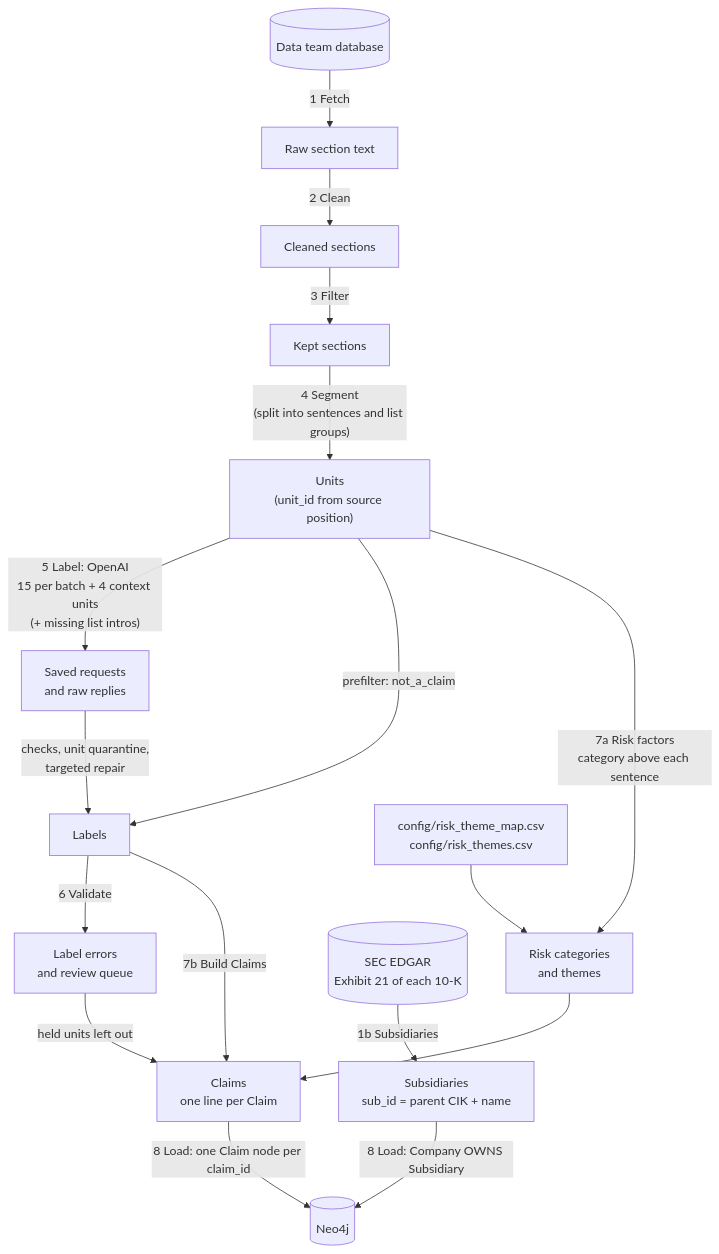
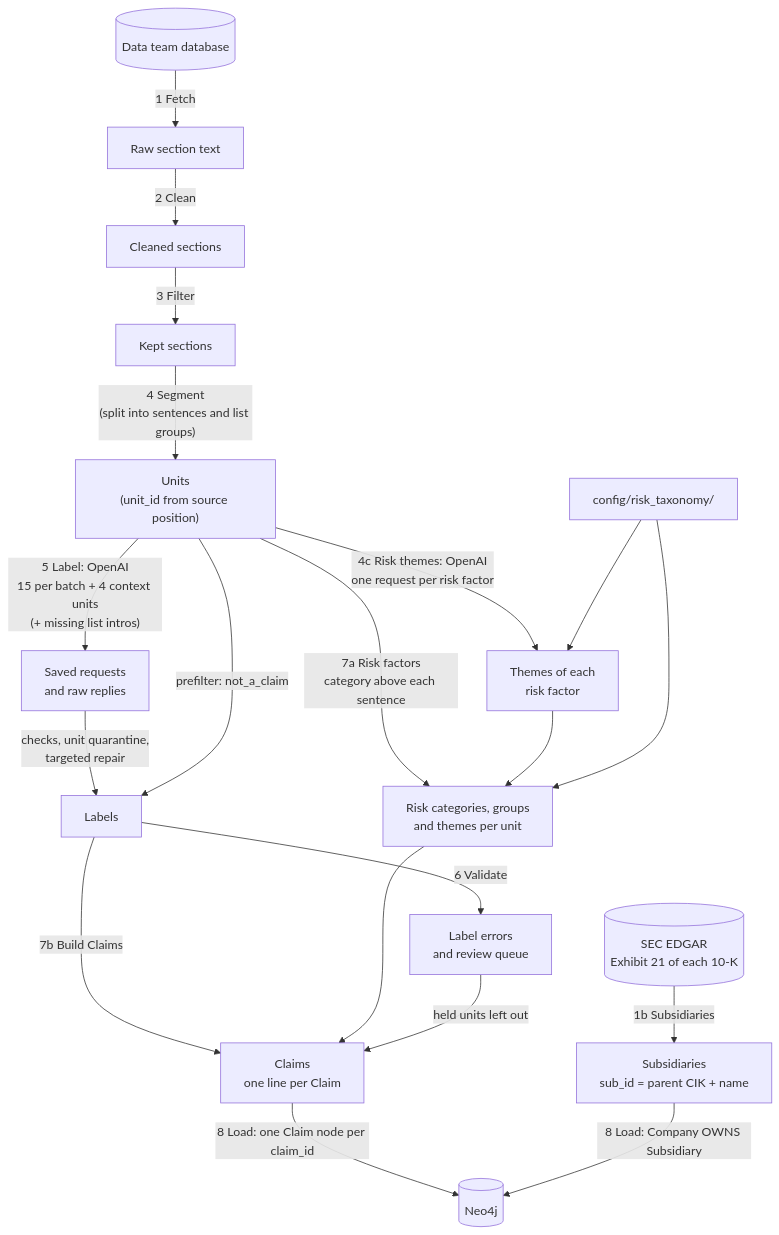
One commit to ZiyiClaudiaWang/KPMG-GraphRAG changed the first of 4 diagrams in extraction_pipeline/README.md. Above: the diagram before and after it, drawn with Mermaid. The commit also changed other lines of this file and 22 other files, not shown here.

Commit message:
Wire the risk taxonomy in: heading -> group map, step 4c theme classifier, HAS_RISK_THEME in build_claims and load

````diff
--- a/extraction_pipeline/README.md
+++ b/extraction_pipeline/README.md
@@ -75,19 +75,22 @@
 ```mermaid
 flowchart TD
     DB[("Data team database")] -->|"1 Fetch"| SEC["Raw section text"]
     SEC -->|"2 Clean"| CLN["Cleaned sections"]
     CLN -->|"3 Filter"| MAN["Kept sections"]
     MAN -->|"4 Segment<br/>(split into sentences and list groups)"| UNITS["Units<br/>(unit_id from source position)"]
     UNITS -->|"5 Label: OpenAI<br/>15 per batch + 4 context units<br/>(+ missing list intros)"| CACHE["Saved requests<br/>and raw replies"]
     CACHE -->|"checks, unit quarantine,<br/>targeted repair"| LAB["Labels"]
     UNITS -->|"prefilter: not_a_claim"| LAB
     LAB -->|"6 Validate"| REV["Label errors<br/>and review queue"]
-    UNITS -->|"7a Risk factors<br/>category above each sentence"| RF["Risk categories<br/>and themes"]
-    MAP["config/risk_theme_map.csv<br/>config/risk_themes.csv"] --> RF
+    UNITS -->|"4c Risk themes: OpenAI<br/>one request per risk factor"| RT["Themes of each<br/>risk factor"]
+    UNITS -->|"7a Risk factors<br/>category above each sentence"| RF["Risk categories, groups<br/>and themes per unit"]
+    RT --> RF
+    MAP["config/risk_taxonomy/"] --> RT
+    MAP --> RF
     LAB -->|"7b Build Claims"| CLM["Claims<br/>one line per Claim"]
     RF --> CLM
     REV -->|"held units left out"| CLM
     CLM -->|"8 Load: one Claim node per claim_id"| NEO[("Neo4j")]
     EDGAR[("SEC EDGAR<br/>Exhibit 21 of each 10-K")] -->|"1b Subsidiaries"| SUBS["Subsidiaries<br/>sub_id = parent CIK + name"]
     SUBS -->|"8 Load: Company OWNS Subsidiary"| NEO
 ```
````
